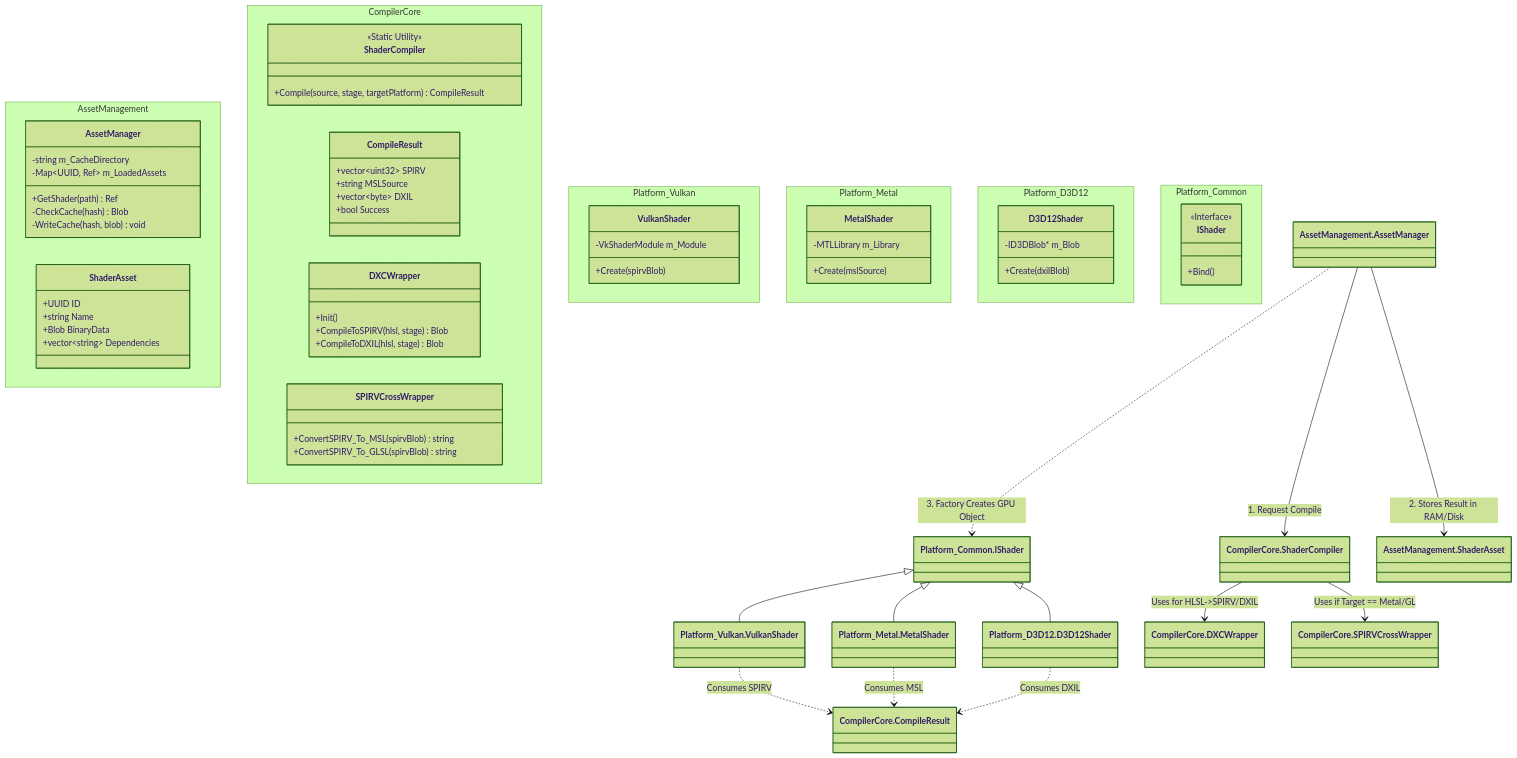
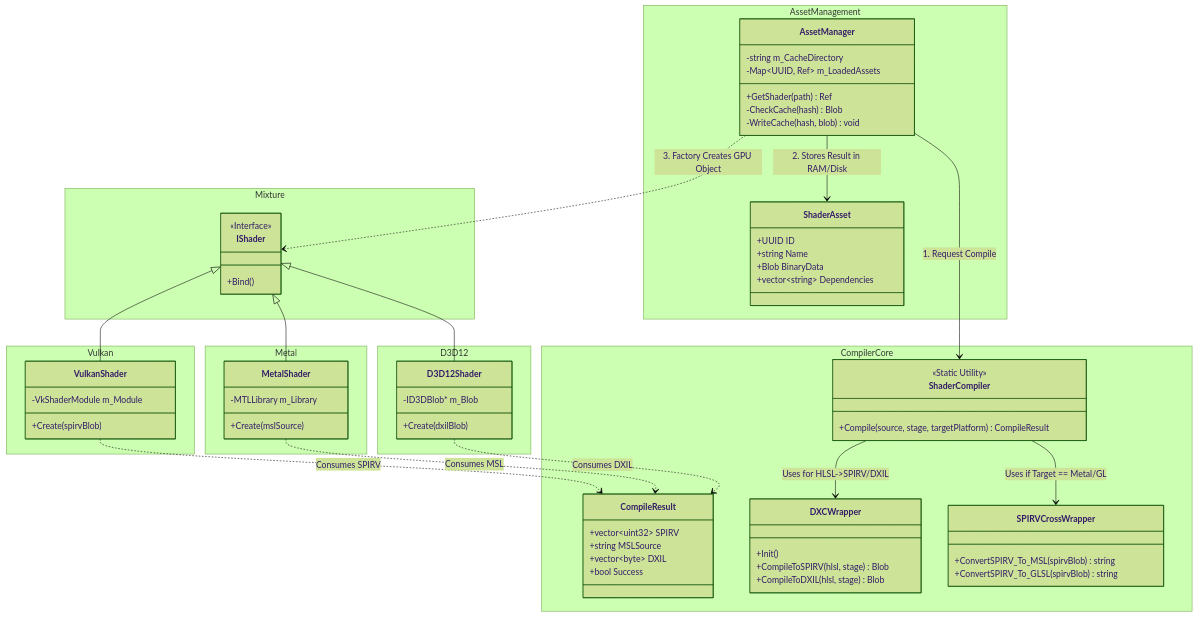
Before and after one commit to BusinessDirt/obsidian-vault: the diagram in 01 - Projects/Mixture/Assets/Assets System.md, drawn with Mermaid (forest theme).

Commit message:
vault backup: 2025-12-23 12:00:17

````diff
--- a/01 - Projects/Mixture/Assets/Assets System.md
+++ b/01 - Projects/Mixture/Assets/Assets System.md
@@ -7,115 +7,54 @@
 ```mermaid
 classDiagram
-
-%% ---------------------------------------------------------
-
-%% GROUP 1: ASSET MANAGEMENT (High Level Logic)
-
-%% ---------------------------------------------------------
-
 namespace AssetManagement {
 
-class AssetManager {
+	class AssetManager {
+		-string m_CacheDirectory
+		-Map~UUID, Ref<IAsset>~ m_LoadedAssets
+		+GetShader(path) Ref<IShader>
+		-CheckCache(hash) Blob
+		-WriteCache(hash, blob) void
+	}
+	
+	class ShaderAsset {
+		+UUID ID
+		+string Name
+		+Blob BinaryData
+		+vector~string~ Dependencies
+	}
+}
 
--string m_CacheDirectory
+namespace CompilerCore {
 
--Map~UUID, Ref<IAsset>~ m_LoadedAssets
+	class ShaderCompiler {	
+		<<Static Utility>>
+		%% The Asset Manager calls this
+		+Compile(source, stage, targetPlatform) CompileResult
+	}
+	
+	class CompileResult {
+		+vector~uint32~ SPIRV
+		+string MSLSource
+		+vector~byte~ DXIL
+		+bool Success
+	}
 
-+GetShader(path) Ref<IShader>
-
--CheckCache(hash) Blob
-
--WriteCache(hash, blob) void
+	class DXCWrapper {
+		%% Wraps dxcompiler.dll / libdxcompiler.dylib
+		+Init()
+		+CompileToSPIRV(hlsl, stage) Blob
+		+CompileToDXIL(hlsl, stage) Blob
+	} 
+	
+	class SPIRVCrossWrapper {
+		%% Wraps spirv-cross.lib
+		+ConvertSPIRV_To_MSL(spirvBlob) string
+		+ConvertSPIRV_To_GLSL(spirvBlob) string
+	}
 
 }
 
-  
-
-class ShaderAsset {
-
-+UUID ID
-
-+string Name
-
-+Blob BinaryData
-
-+vector~string~ Dependencies
-
-}
-
-}
-
-  
-
-%% ---------------------------------------------------------
-
-%% GROUP 2: CROSS-COMPILER CORE (The "Brain")
-
-%% ---------------------------------------------------------
-
-namespace CompilerCore {
-
-class ShaderCompiler {
-
-<<Static Utility>>
-
-%% The Asset Manager calls this
-
-+Compile(source, stage, targetPlatform) CompileResult
-
-}
-
-  
-
-class CompileResult {
-
-+vector~uint32~ SPIRV
-
-+string MSLSource
-
-+vector~byte~ DXIL
-
-+bool Success
-
-}
-
-  
-
-class DXCWrapper {
-
-%% Wraps dxcompiler.dll / libdxcompiler.dylib
-
-+Init()
-
-+CompileToSPIRV(hlsl, stage) Blob
-
-+CompileToDXIL(hlsl, stage) Blob
-
-}
-
-  
-
-class SPIRVCrossWrapper {
-
-%% Wraps spirv-cross.lib
-
-+ConvertSPIRV_To_MSL(spirvBlob) string
-
-+ConvertSPIRV_To_GLSL(spirvBlob) string
-
-}
-
-}
-
-  
-
-%% ---------------------------------------------------------
-
-%% GROUP 3: PLATFORM BACKENDS (Platform/Folder)
-
-%% ---------------------------------------------------------
-
-namespace Platform_Vulkan {
+namespace Vulkan {
 
 class VulkanShader {
 
@@ -129,7 +68,7 @@
 
   
 
-namespace Platform_Metal {
+namespace Metal {
 
 class MetalShader {
 
@@ -143,7 +82,7 @@
 
   
 
-namespace Platform_D3D12 {
+namespace D3D12 {
 
 class D3D12Shader {
 
@@ -157,7 +96,7 @@
 
   
 
-namespace Platform_Common {
+namespace Mixture {
 
 class IShader {
 
@@ -179,37 +118,37 @@
 
 %% Interfaces
 
-Platform_Common.IShader <|-- Platform_Vulkan.VulkanShader
+IShader <|-- VulkanShader
 
-Platform_Common.IShader <|-- Platform_Metal.MetalShader
+IShader <|-- MetalShader
 
-Platform_Common.IShader <|-- Platform_D3D12.D3D12Shader
+IShader <|-- D3D12Shader
 
   
 
 %% Asset Manager Flow
 
-AssetManagement.AssetManager --> CompilerCore.ShaderCompiler : 1. Request Compile
+AssetManager --> ShaderCompiler : 1. Request Compile
 
-AssetManagement.AssetManager --> AssetManagement.ShaderAsset : 2. Stores Result in RAM/Disk
+AssetManager --> ShaderAsset : 2. Stores Result in RAM/Disk
 
-AssetManagement.AssetManager ..> Platform_Common.IShader : 3. Factory Creates GPU Object
+AssetManager ..> IShader : 3. Factory Creates GPU Object
 
   
 
 %% Compiler Logic
 
-CompilerCore.ShaderCompiler --> CompilerCore.DXCWrapper : Uses for HLSL->SPIRV/DXIL
+ShaderCompiler --> DXCWrapper : Uses for HLSL->SPIRV/DXIL
 
-CompilerCore.ShaderCompiler --> CompilerCore.SPIRVCrossWrapper : Uses if Target == Metal/GL
+ShaderCompiler --> SPIRVCrossWrapper : Uses if Target == Metal/GL
 
   
 
 %% Factory Logic (How the Shader is created)
 
-Platform_Vulkan.VulkanShader ..> CompilerCore.CompileResult : Consumes SPIRV
+VulkanShader ..> CompileResult : Consumes SPIRV
 
-Platform_Metal.MetalShader ..> CompilerCore.CompileResult : Consumes MSL
+MetalShader ..> CompileResult : Consumes MSL
 
-Platform_D3D12.D3D12Shader ..> CompilerCore.CompileResult : Consumes DXIL
+D3D12Shader ..> CompileResult : Consumes DXIL
 ```
````
